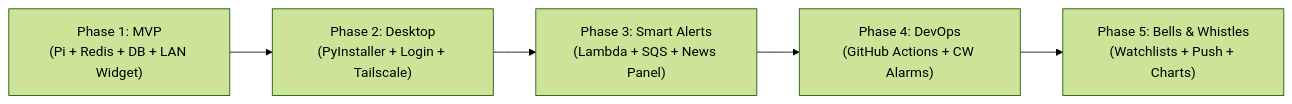
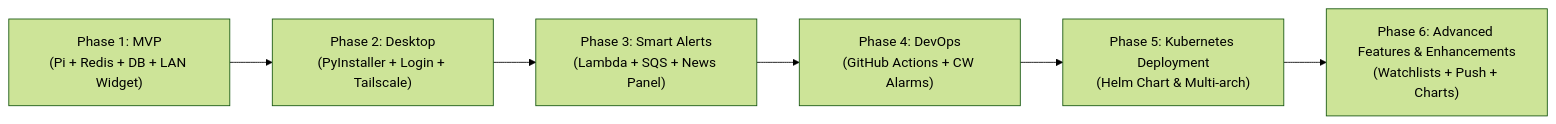
One commit to melvindisla/Stock_Ticker_Widget_APP changed the diagram in docs/ROADMAP.md. Above: the diagram before and after it, drawn with Mermaid (forest theme). The commit also changed other lines of this file and 1 other file, not shown here.

````diff
--- a/docs/ROADMAP.md
+++ b/docs/ROADMAP.md
@@ -5,7 +5,8 @@
 ```mermaid
 flowchart LR
-    A["Phase 1: MVP<br/>(Pi + Redis + DB + LAN Widget)"] --> B["Phase 2: Desktop<br/>(PyInstaller + Login + Tailscale)"]
-    B --> C["Phase 3: Smart Alerts<br/>(Lambda + SQS + News Panel)"]
-    C --> D["Phase 4: DevOps<br/>(GitHub Actions + CW Alarms)"]
-    D --> E["Phase 5: Bells & Whistles<br/>(Watchlists + Push + Charts)"]
+    A["Phase 1: MVP\n(Pi + Redis + DB + LAN Widget)"] --> B["Phase 2: Desktop\n(PyInstaller + Login + Tailscale)"]
+    B --> C["Phase 3: Smart Alerts\n(Lambda + SQS + News Panel)"]
+    C --> D["Phase 4: DevOps\n(GitHub Actions + CW Alarms)"]
+    D --> E["Phase 5: Kubernetes Deployment\n(Helm Chart & Multi‑arch)"]
+    E --> F["Phase 6: Advanced Features & Enhancements\n(Watchlists + Push + Charts)"]
 ```
````
